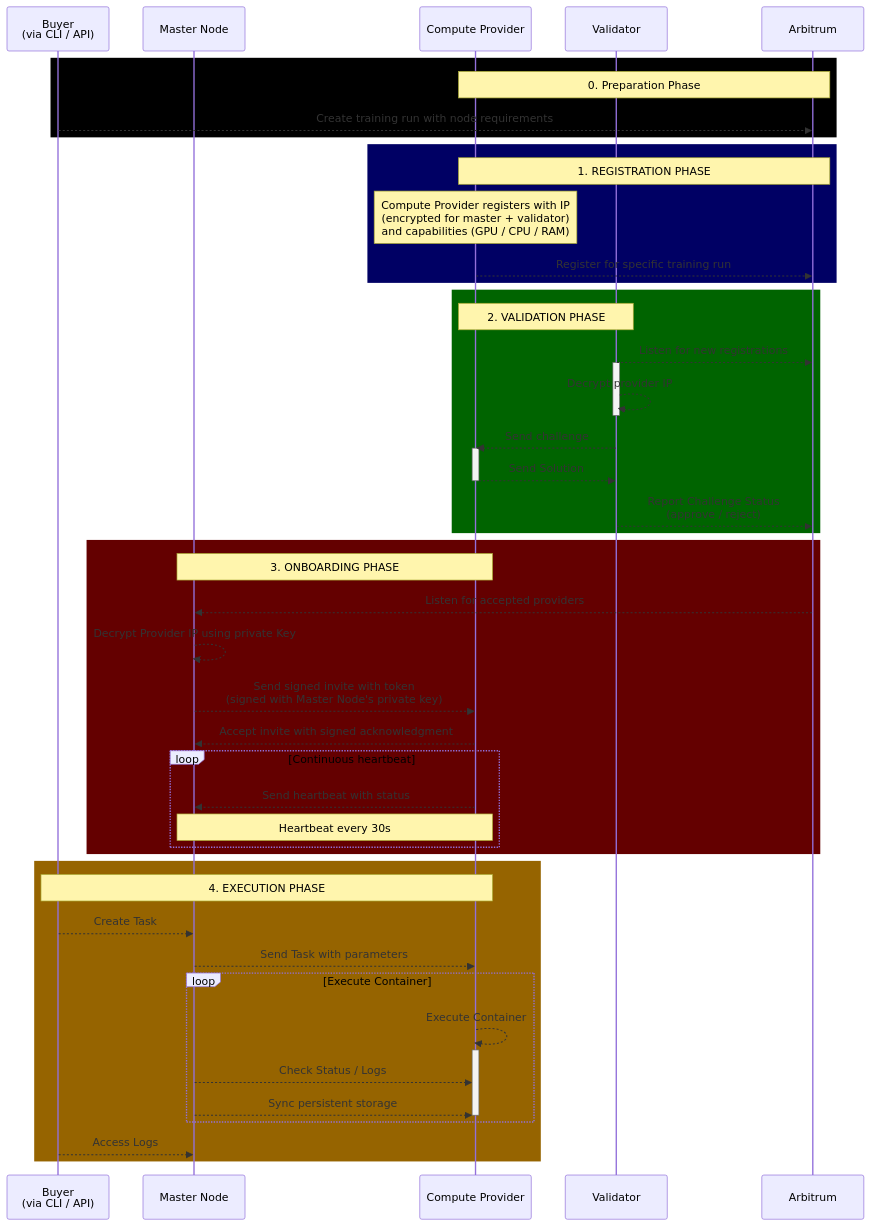
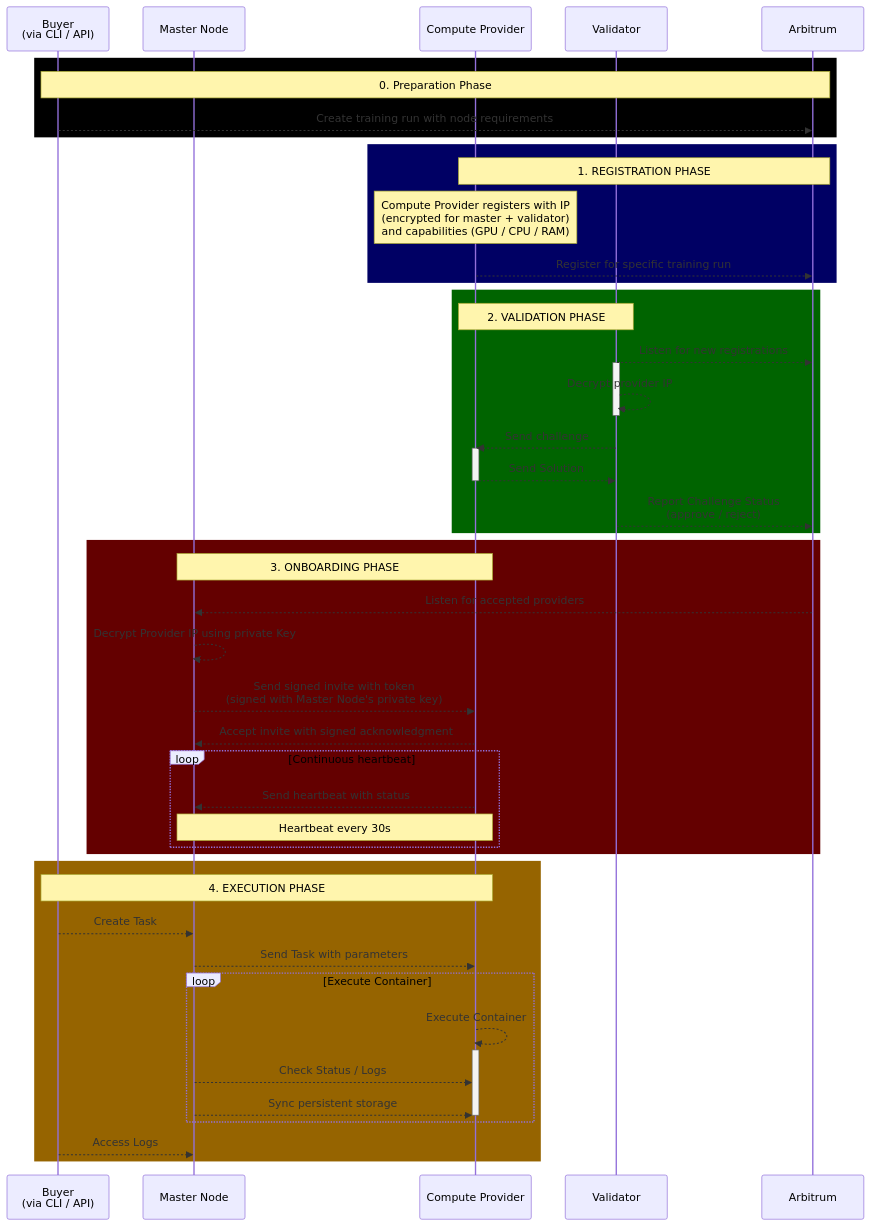
The diagram in README.md (PrimeIntellect-ai/protocol), drawn with Mermaid before and after one commit. The commit also changed other lines of this file, not shown here.

Commit message:
Add disclaimer

````diff
--- a/README.md
+++ b/README.md
@@ -22,57 +24,57 @@
 ```mermaid
 sequenceDiagram  
 participant B as Buyer <br />(via CLI / API)
 participant MA as Master Node
 participant M as Compute Provider
 participant V as Validator
 participant A as Arbitrum
 
 rect rgb(0, 0, 0)
-  Note over M,A: 0. Preparation Phase 
+  Note over B,A: 0. Preparation Phase 
 B-->>A: Create training run with node requirements
 end
 rect rgb(0, 0, 100)
    Note over M,A: 1. REGISTRATION PHASE
    Note over M: Compute Provider registers with IP<br/>(encrypted for master + validator)<br/>and capabilities (GPU / CPU / RAM)
    M-->>A: Register for specific training run
 end 
 
 rect rgb(0, 100, 0)
    Note over V,M: 2. VALIDATION PHASE
    V-->>A: Listen for new registrations
    activate V 
    V-->>V: Decrypt provider IP
    deactivate V
    V-->>M: Send challenge
    activate M
    M-->>V: Send Solution 
    deactivate M
    V-->>A: Report Challenge Status<br/>(approve / reject)
 end  
 
 rect rgb(100, 0, 0)
    Note over MA,M: 3. ONBOARDING PHASE
    A-->>MA: Listen for accepted providers 
    MA-->>MA: Decrypt Provider IP using private Key
    MA-->>M: Send signed invite with token<br/>(signed with Master Node's private key)
    M-->>MA: Accept invite with signed acknowledgment
    loop Continuous heartbeat
        M-->>MA: Send heartbeat with status
        Note over M,MA: Heartbeat every 30s
    end 
 end  
 
 rect rgb(150, 100, 0)
    Note over B,M: 4. EXECUTION PHASE
    B-->>MA: Create Task
    MA-->>M: Send Task with parameters
    loop Execute Container
        M-->>M: Execute Container
        activate M
        MA-->>M: Check Status / Logs 
        MA-->>M: Sync persistent storage 
        deactivate M
    end
    B-->>MA: Access Logs 
 end
 ```
````
